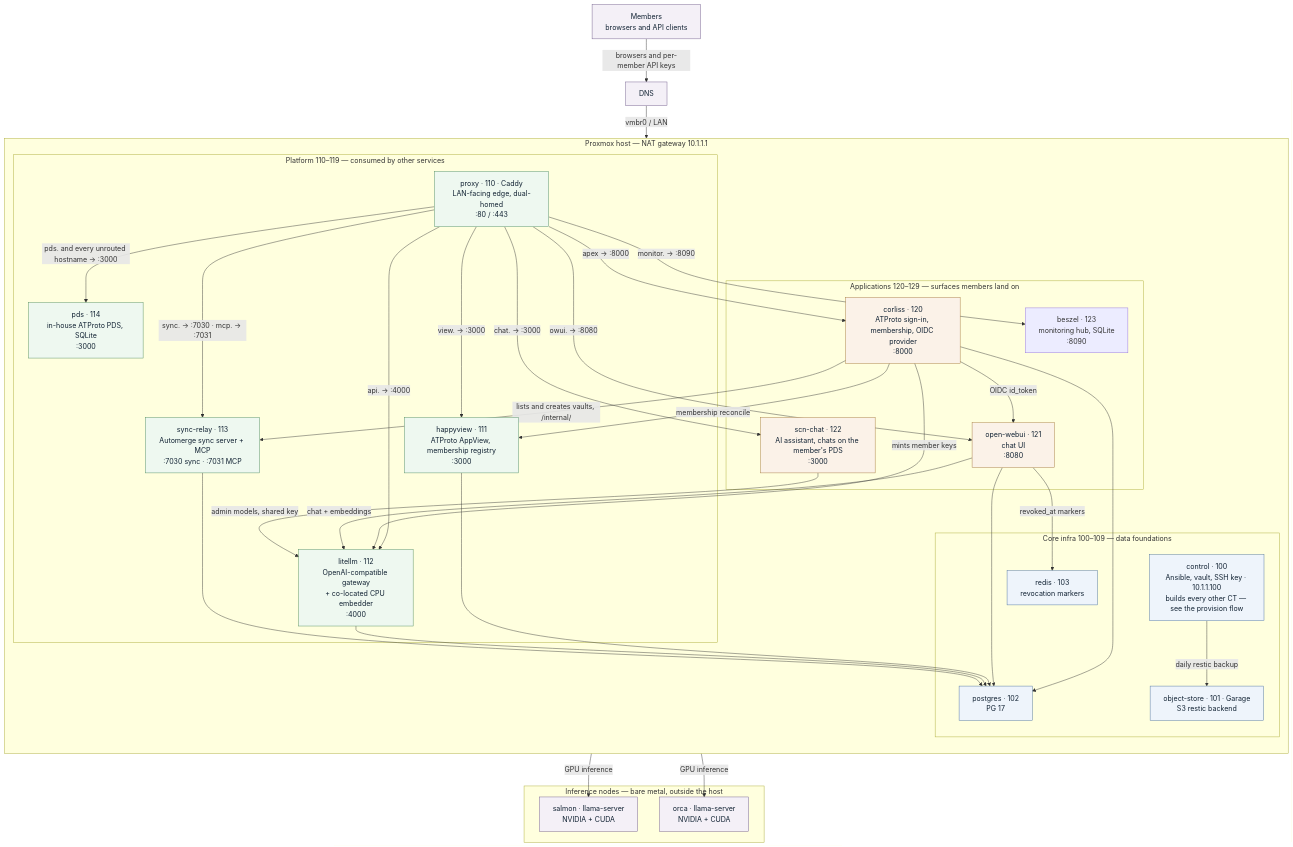
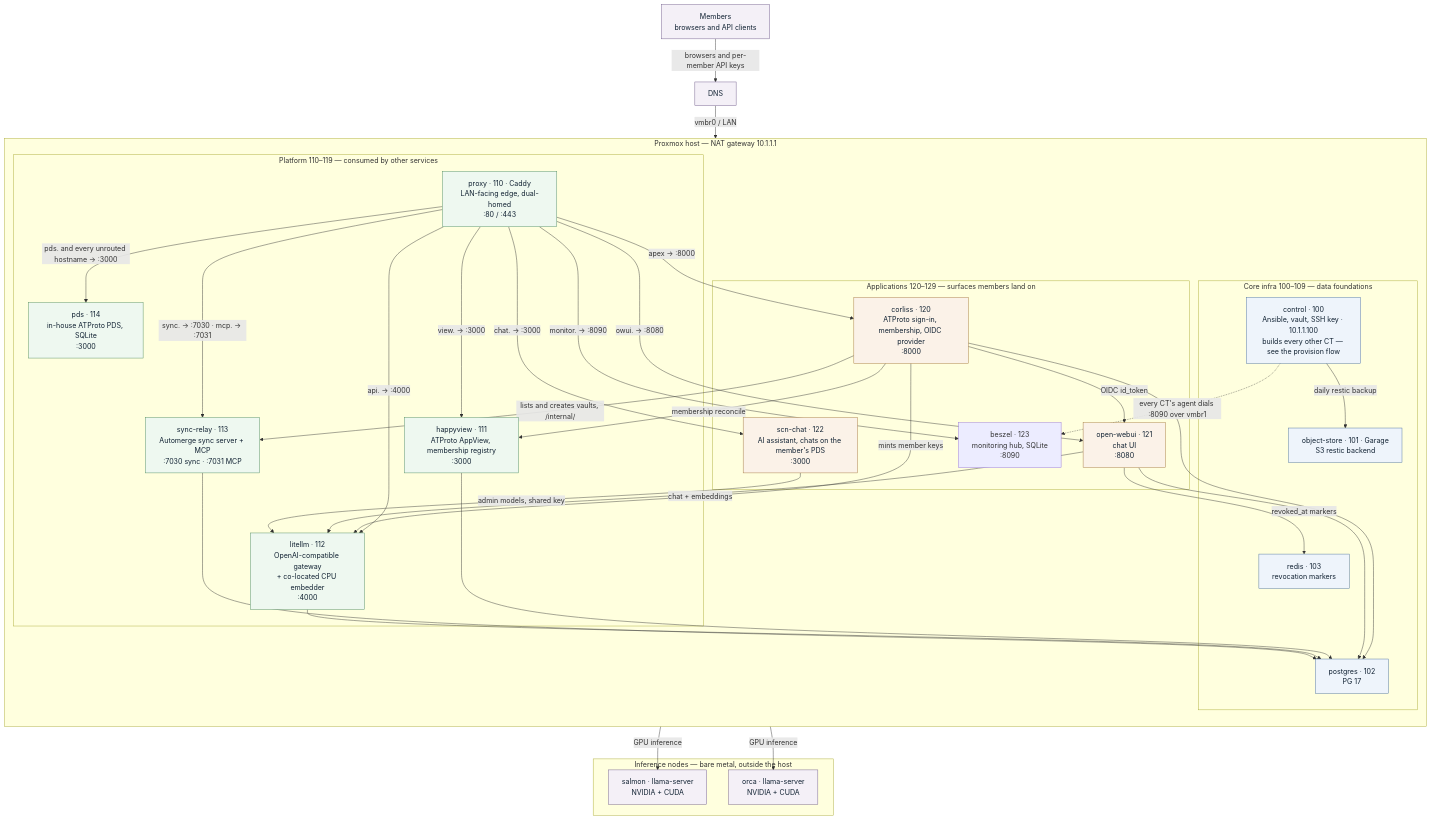
One commit to Z-Space-Society/zai-ops changed the first of 4 diagrams in docs/diagrams.md. Above: the diagram before and after it, drawn with Mermaid. The commit also changed other lines of this file and 19 other files, not shown here.

First line of the commit message:
Add Beszel agents on CT 100 and every service container

````diff
--- a/docs/diagrams.md
+++ b/docs/diagrams.md
@@ -26,75 +26,76 @@
 ```mermaid
 flowchart TB
     members["Members<br/>browsers and API clients"]
     cf["DNS"]
 
     subgraph host["Proxmox host — NAT gateway 10.1.1.1"]
         direction TB
 
         subgraph app["Applications 120–129 — surfaces members land on"]
             corliss["corliss · 120<br/>ATProto sign-in, membership, OIDC provider<br/>:8000"]
             owui["open-webui · 121<br/>chat UI<br/>:8080"]
             scnchat["scn-chat · 122<br/>AI assistant, chats on the member's PDS<br/>:3000"]
             beszel["beszel · 123<br/>monitoring hub, SQLite<br/>:8090"]
         end
 
         subgraph plat["Platform 110–119 — consumed by other services"]
             proxy["proxy · 110 · Caddy<br/>LAN-facing edge, dual-homed<br/>:80 / :443"]
             happyview["happyview · 111<br/>ATProto AppView, membership registry<br/>:3000"]
             litellm["litellm · 112<br/>OpenAI-compatible gateway<br/>+ co-located CPU embedder<br/>:4000"]
             relay["sync-relay · 113<br/>Automerge sync server + MCP<br/>:7030 sync · :7031 MCP"]
             pds["pds · 114<br/>in-house ATProto PDS, SQLite<br/>:3000"]
         end
 
         subgraph core["Core infra 100–109 — data foundations"]
             control["control · 100<br/>Ansible, vault, SSH key · 10.1.1.100<br/>builds every other CT — see the provision flow"]
             objstore["object-store · 101 · Garage<br/>S3 restic backend"]
             postgres["postgres · 102<br/>PG 17"]
             redis["redis · 103<br/>revocation markers"]
         end
     end
 
     subgraph inf["Inference nodes — bare metal, outside the host"]
         salmon["salmon · llama-server<br/>NVIDIA + CUDA"]
         orca["orca · llama-server<br/>NVIDIA + CUDA"]
     end
 
     members -->|"browsers and per-member API keys"| cf
     cf -->|"vmbr0 / LAN"| proxy
 
     proxy -->|"apex → :8000"| corliss
     proxy -->|"owui. → :8080"| owui
     proxy -->|"chat. → :3000"| scnchat
     proxy -->|"api. → :4000"| litellm
     proxy -->|"view. → :3000"| happyview
     proxy -->|"sync. → :7030 · mcp. → :7031"| relay
     proxy -->|"pds. and every unrouted hostname → :3000"| pds
     proxy -->|"monitor. → :8090"| beszel
+    control -.->|"every CT's agent dials :8090 over vmbr1"| beszel
 
     corliss -->|"OIDC id_token"| owui
     corliss -->|"membership reconcile"| happyview
     corliss -->|"mints member keys"| litellm
     corliss -->|"lists and creates vaults, /internal/"| relay
     owui -->|"chat + embeddings"| litellm
     owui -->|"revoked_at markers"| redis
     scnchat -->|"admin models, shared key"| litellm
     litellm -->|"GPU inference"| salmon
     litellm -->|"GPU inference"| orca
 
     corliss --> postgres
     owui --> postgres
     happyview --> postgres
     litellm --> postgres
     relay --> postgres
 
     control -->|"daily restic backup"| objstore
 
     classDef tierCore fill:#eef4fb,stroke:#4a6f9c,color:#123
     classDef tierPlat fill:#eef8f0,stroke:#4d8a5e,color:#123
     classDef tierApp fill:#fbf2e8,stroke:#a3763c,color:#123
     classDef outside fill:#f4f0f7,stroke:#6f5a8a,color:#123
     class control,objstore,postgres,redis tierCore
     class proxy,happyview,litellm,relay,pds tierPlat
     class corliss,owui,scnchat tierApp
     class salmon,orca,members,cf outside
 ```
````
